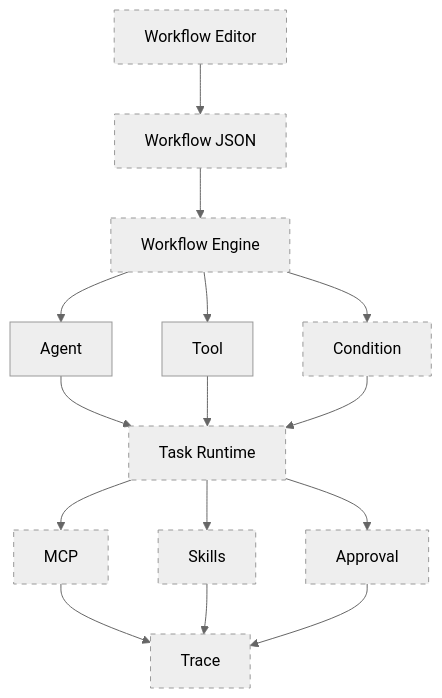
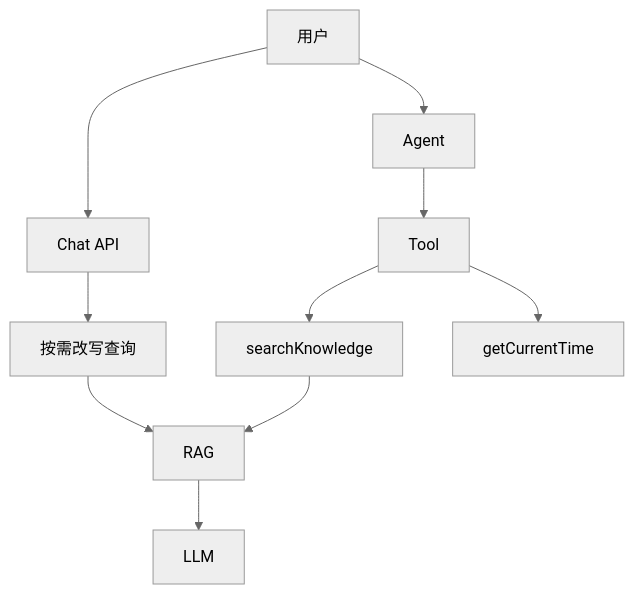
One commit to WaitingChen0117/agent-workbench changed the diagram in docs/architecture/01-agent-loop.md. Above: the diagram before and after it, drawn with Mermaid (neutral theme). The commit also changed other lines of this file and 7 other files, not shown here.

Commit message:
Draw each version's architecture as the system that existed then.

````diff
--- a/docs/architecture/01-agent-loop.md
+++ b/docs/architecture/01-agent-loop.md
@@ -9,31 +9,12 @@
 ```mermaid
 flowchart TB
-  editor["Workflow Editor"]
-  json["Workflow JSON"]
-  engine["Workflow Engine"]
-  agent["Agent"]
-  tool["Tool"]
-  condition["Condition"]
-  runtime["Task Runtime"]
-  mcp["MCP"]
-  skills["Skills"]
-  approval["Approval"]
-  trace["Trace"]
-
-  editor --> json --> engine
-  engine --> agent
-  engine --> tool
-  engine --> condition
-  agent --> runtime
-  tool --> runtime
-  condition --> runtime
-  runtime --> mcp
-  runtime --> skills
-  runtime --> approval
-  mcp --> trace
-  skills --> trace
-  approval --> trace
-
-  classDef missing stroke-dasharray: 5 5
-  class editor,json,engine,condition,runtime,mcp,skills,approval,trace missing
+  user["用户"] --> chat["Chat API"]
+  user --> agent["Agent"]
+  chat --> rewrite["按需改写查询"]
+  rewrite --> rag["RAG"]
+  rag --> llm["LLM"]
+  agent --> tool["Tool"]
+  tool --> sk["searchKnowledge"]
+  tool --> time["getCurrentTime"]
+  sk --> rag
 ```
````
